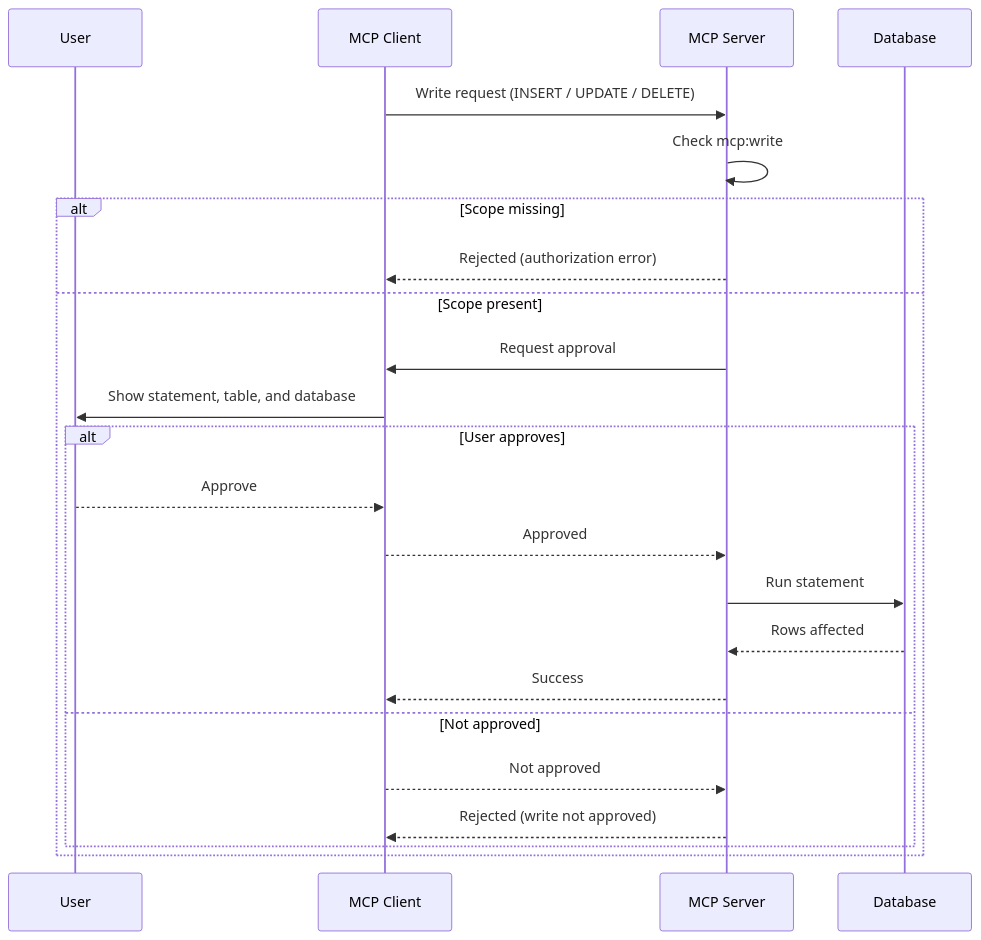
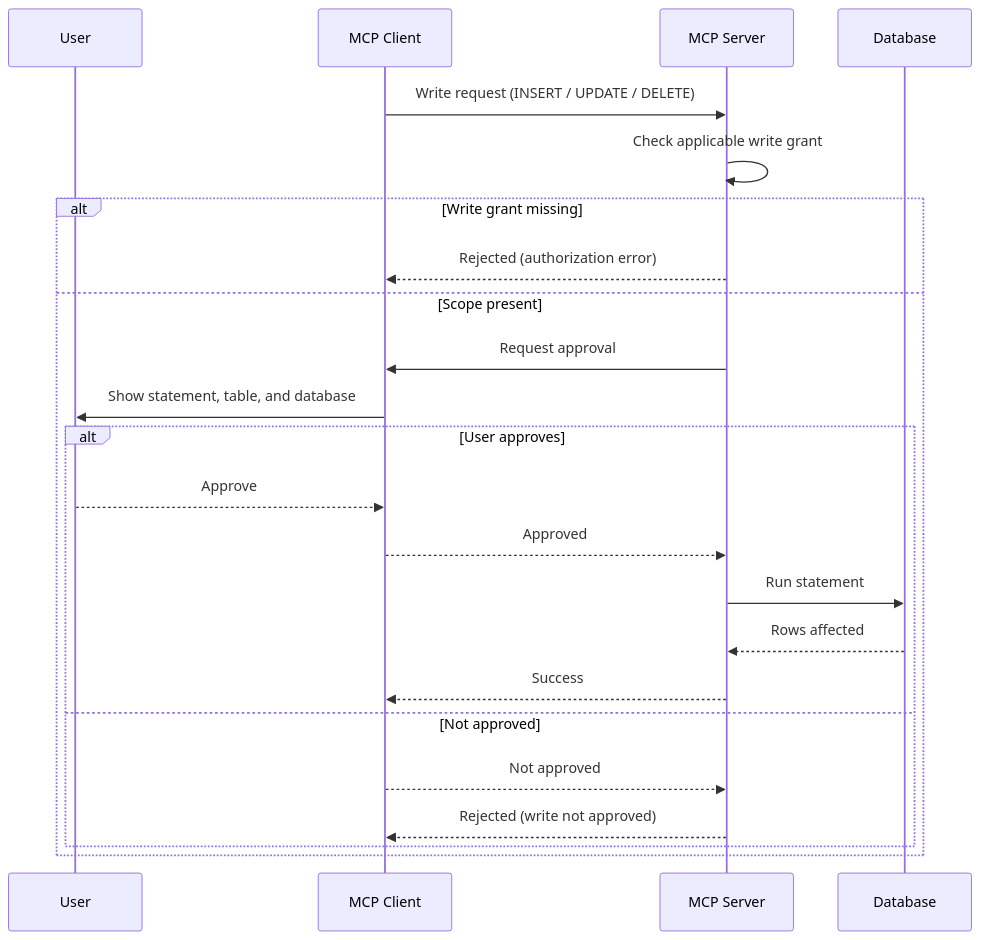
The diagram in docs/hcl-informix/write-support.md (ActianCorp/mcp-server-docs), drawn with Mermaid before and after one commit. The commit also changed other lines of this file and 10 other files, not shown here.

````diff
--- a/docs/hcl-informix/write-support.md
+++ b/docs/hcl-informix/write-support.md
@@ -45,27 +45,27 @@
 ```mermaid
 %%{init: {'theme': 'default', 'themeVariables': {'fontSize': '18px', 'fontFamily': 'arial'}}}%%
 sequenceDiagram
     participant User as User
     participant Client as MCP Client
     participant Server as MCP Server
     participant DB as Database
 
     Client->>Server: Write request (INSERT / UPDATE / DELETE)
-    Server->>Server: Check mcp:write
-    alt Scope missing
+    Server->>Server: Check applicable write grant
+    alt Write grant missing
         Server-->>Client: Rejected (authorization error)
     else Scope present
         Server->>Client: Request approval
         Client->>User: Show statement, table, and database
         alt User approves
             User-->>Client: Approve
             Client-->>Server: Approved
             Server->>DB: Run statement
             DB-->>Server: Rows affected
             Server-->>Client: Success
         else Not approved
             Client-->>Server: Not approved
             Server-->>Client: Rejected (write not approved)
         end
     end
 ```
````
